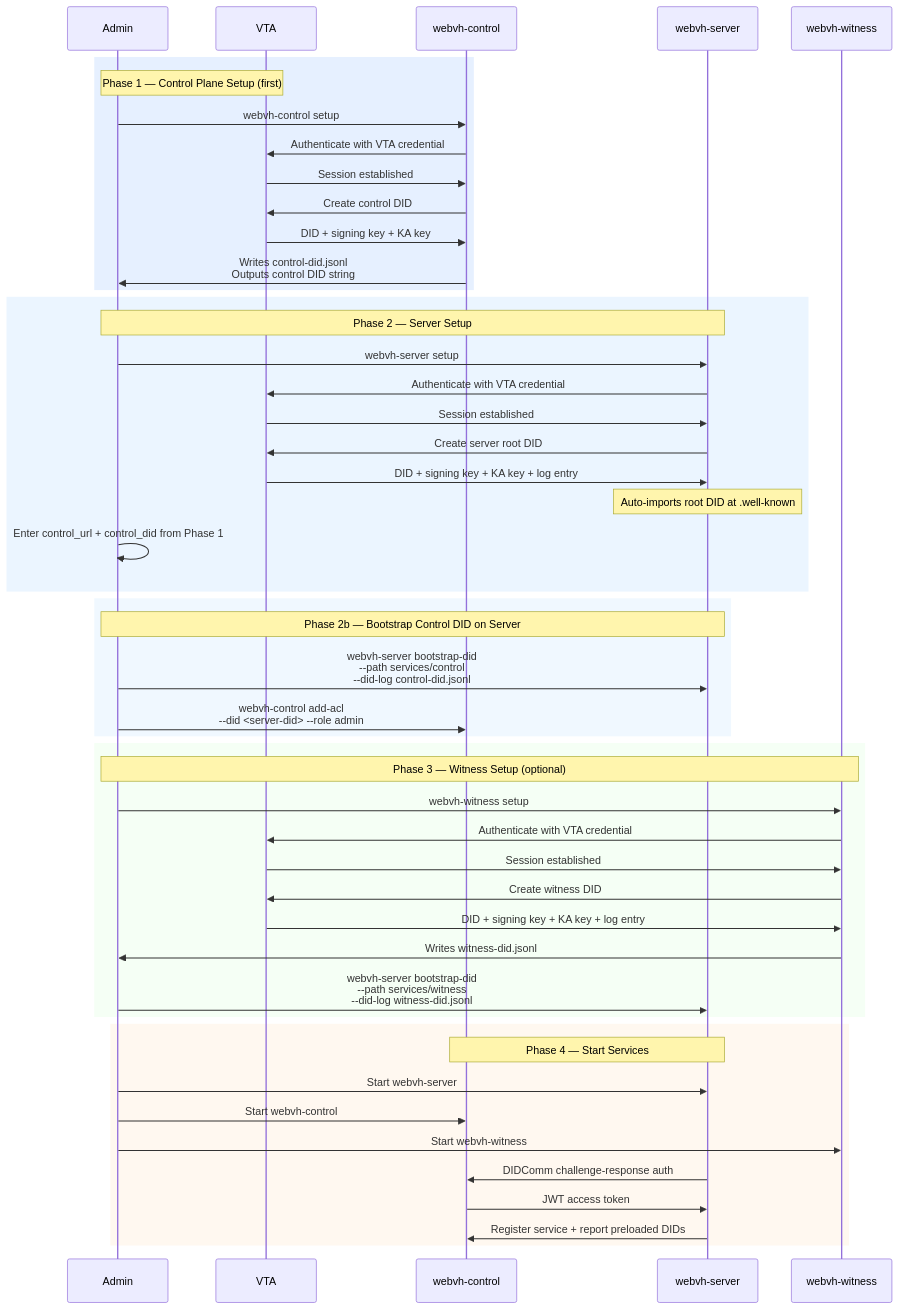
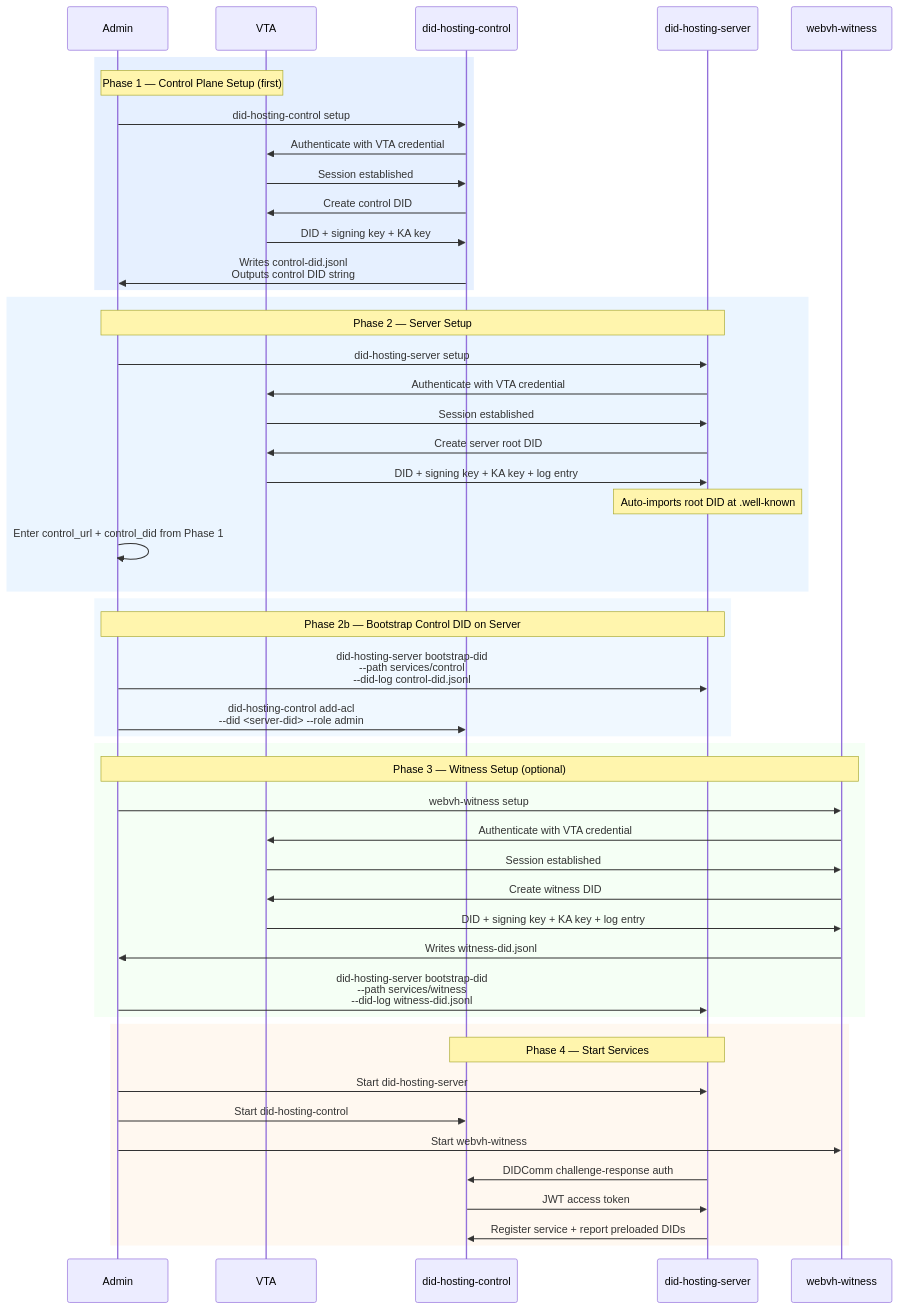
The diagram in docs/bootstrap_startup.md (ic3software/webvh-build-pipeline), drawn with Mermaid before and after one commit. The commit also changed other lines of this file and 413 other files, not shown here.

First line of the commit message:
feat: did-hosting-service v0.7.0 — rename + multi-domain + multi-method + client crate + Trust Tasks ACL (#12)

````diff
--- a/docs/bootstrap_startup.md
+++ b/docs/bootstrap_startup.md
@@ -25,56 +25,56 @@
 ```mermaid
 sequenceDiagram
     participant Admin
     participant VTA
-    participant Control as webvh-control
-    participant Server as webvh-server
+    participant Control as did-hosting-control
+    participant Server as did-hosting-server
     participant Witness as webvh-witness
 
     rect rgb(230, 240, 255)
         Note over Admin,VTA: Phase 1 — Control Plane Setup (first)
-        Admin->>Control: webvh-control setup
+        Admin->>Control: did-hosting-control setup
         Control->>VTA: Authenticate with VTA credential
         VTA->>Control: Session established
         Control->>VTA: Create control DID
         VTA->>Control: DID + signing key + KA key
         Control->>Admin: Writes control-did.jsonl<br/>Outputs control DID string
     end
 
     rect rgb(235, 245, 255)
         Note over Admin,Server: Phase 2 — Server Setup
-        Admin->>Server: webvh-server setup
+        Admin->>Server: did-hosting-server setup
         Server->>VTA: Authenticate with VTA credential
         VTA->>Server: Session established
         Server->>VTA: Create server root DID
         VTA->>Server: DID + signing key + KA key + log entry
         Note over Server: Auto-imports root DID at .well-known
         Admin->>Admin: Enter control_url + control_did from Phase 1
     end
 
     rect rgb(240, 248, 255)
         Note over Admin,Server: Phase 2b — Bootstrap Control DID on Server
-        Admin->>Server: webvh-server bootstrap-did<br/>--path services/control<br/>--did-log control-did.jsonl
-        Admin->>Control: webvh-control add-acl<br/>--did <server-did> --role admin
+        Admin->>Server: did-hosting-server bootstrap-did<br/>--path services/control<br/>--did-log control-did.jsonl
+        Admin->>Control: did-hosting-control add-acl<br/>--did <server-did> --role admin
     end
 
     rect rgb(245, 255, 245)
         Note over Admin,Witness: Phase 3 — Witness Setup (optional)
         Admin->>Witness: webvh-witness setup
         Witness->>VTA: Authenticate with VTA credential
         VTA->>Witness: Session established
         Witness->>VTA: Create witness DID
         VTA->>Witness: DID + signing key + KA key + log entry
         Witness->>Admin: Writes witness-did.jsonl
-        Admin->>Server: webvh-server bootstrap-did<br/>--path services/witness<br/>--did-log witness-did.jsonl
+        Admin->>Server: did-hosting-server bootstrap-did<br/>--path services/witness<br/>--did-log witness-did.jsonl
     end
 
     rect rgb(255, 248, 240)
         Note over Server,Control: Phase 4 — Start Services
-        Admin->>Server: Start webvh-server
-        Admin->>Control: Start webvh-control
+        Admin->>Server: Start did-hosting-server
+        Admin->>Control: Start did-hosting-control
         Admin->>Witness: Start webvh-witness
         Server->>Control: DIDComm challenge-response auth
         Control->>Server: JWT access token
         Server->>Control: Register service + report preloaded DIDs
     end
 ```
````
